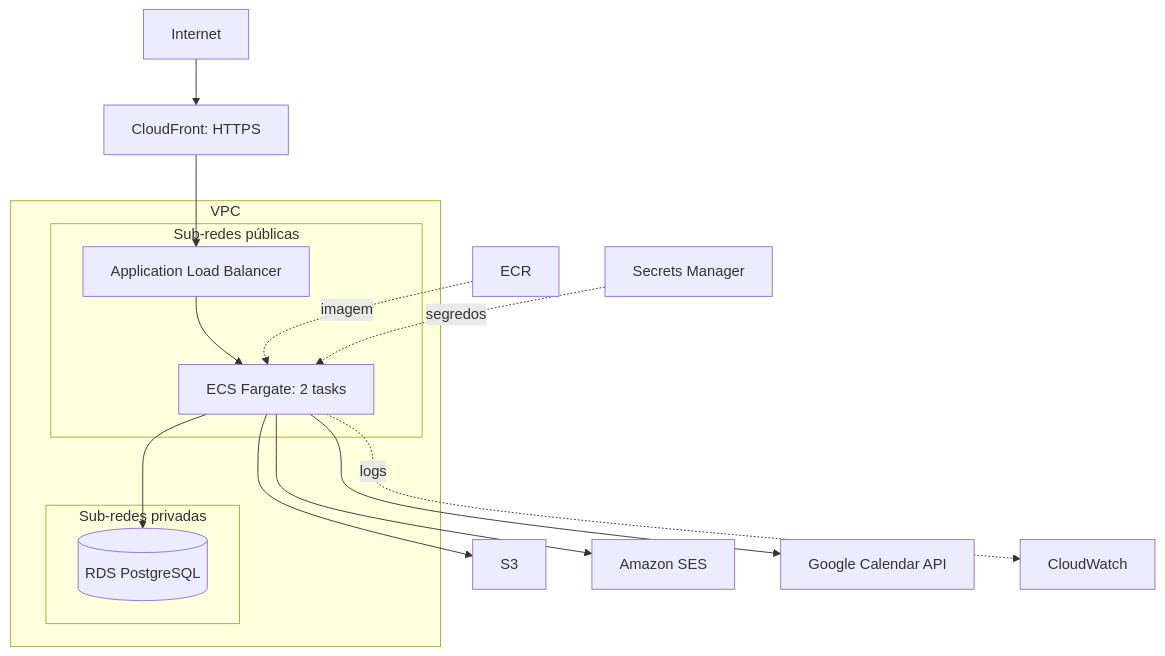
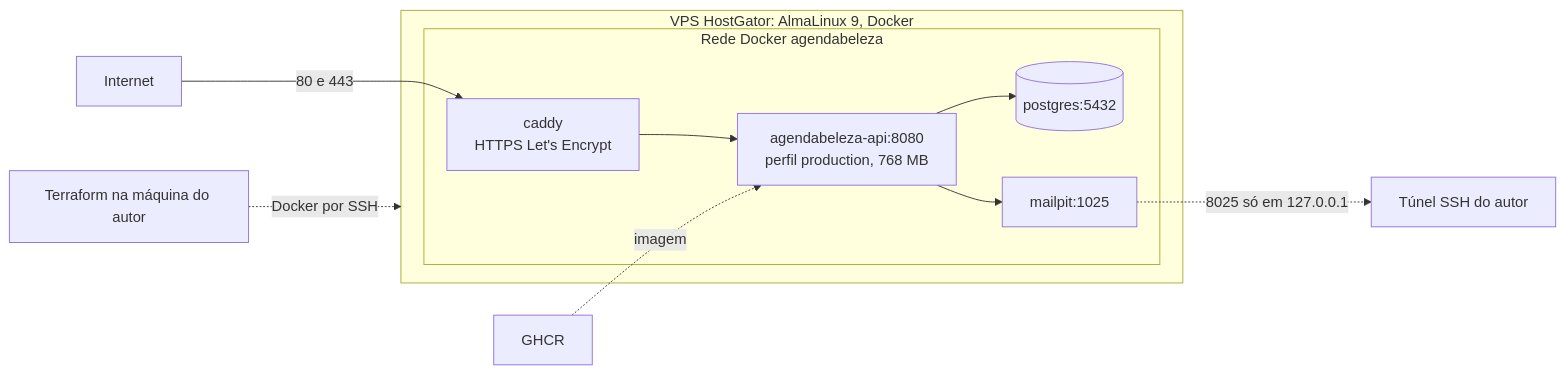
Before and after one commit to c-nnett/prova-sub-fase-3: the eighth of 8 diagrams in artefatos/arquitetura-do-sistema.md, drawn with Mermaid. The commit also changed other lines of this file and 6 other files, not shown here.

Commit message:
doc: Registrando o deploy na VPS da HostGator com Terraform, Caddy e HTTPS via sslip.io

````diff
--- a/artefatos/arquitetura-do-sistema.md
+++ b/artefatos/arquitetura-do-sistema.md
@@ -472,24 +478,16 @@
 ```mermaid
-flowchart TB
-    internet["Internet"] --> cf["CloudFront: HTTPS"]
-    cf --> alb["Application Load Balancer"]
+flowchart LR
+    internet["Internet"] -->|"80 e 443"| caddy["caddy<br/>HTTPS Let's Encrypt"]
 
-    subgraph vpc["VPC"]
-        subgraph pub["Sub-redes públicas"]
-            alb
-            ecs["ECS Fargate: 2 tasks"]
-        end
-        subgraph priv["Sub-redes privadas"]
-            rds[("RDS PostgreSQL")]
+    subgraph vps["VPS HostGator: AlmaLinux 9, Docker"]
+        subgraph rede["Rede Docker agendabeleza"]
+            caddy --> api["agendabeleza-api:8080<br/>perfil production, 768 MB"]
+            api --> pg[("postgres:5432")]
+            api --> mail["mailpit:1025"]
         end
     end
 
-    alb --> ecs
-    ecs --> rds
-    ecs --> s3["S3"]
-    ecs --> ses["Amazon SES"]
-    ecs --> google["Google Calendar API"]
-    ecr["ECR"] -.->|"imagem"| ecs
-    secrets["Secrets Manager"] -.->|"segredos"| ecs
-    ecs -.->|"logs"| cw["CloudWatch"]
+    mail -.->|"8025 só em 127.0.0.1"| tunel["Túnel SSH do autor"]
+    ghcr["GHCR"] -.->|"imagem"| api
+    tf["Terraform na máquina do autor"] -.->|"Docker por SSH"| vps
 ```
````
